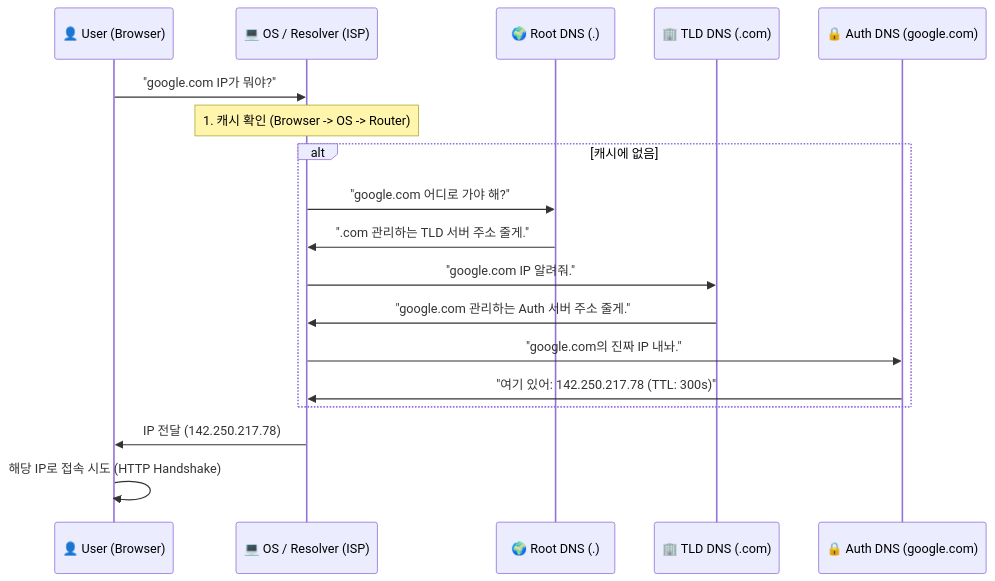
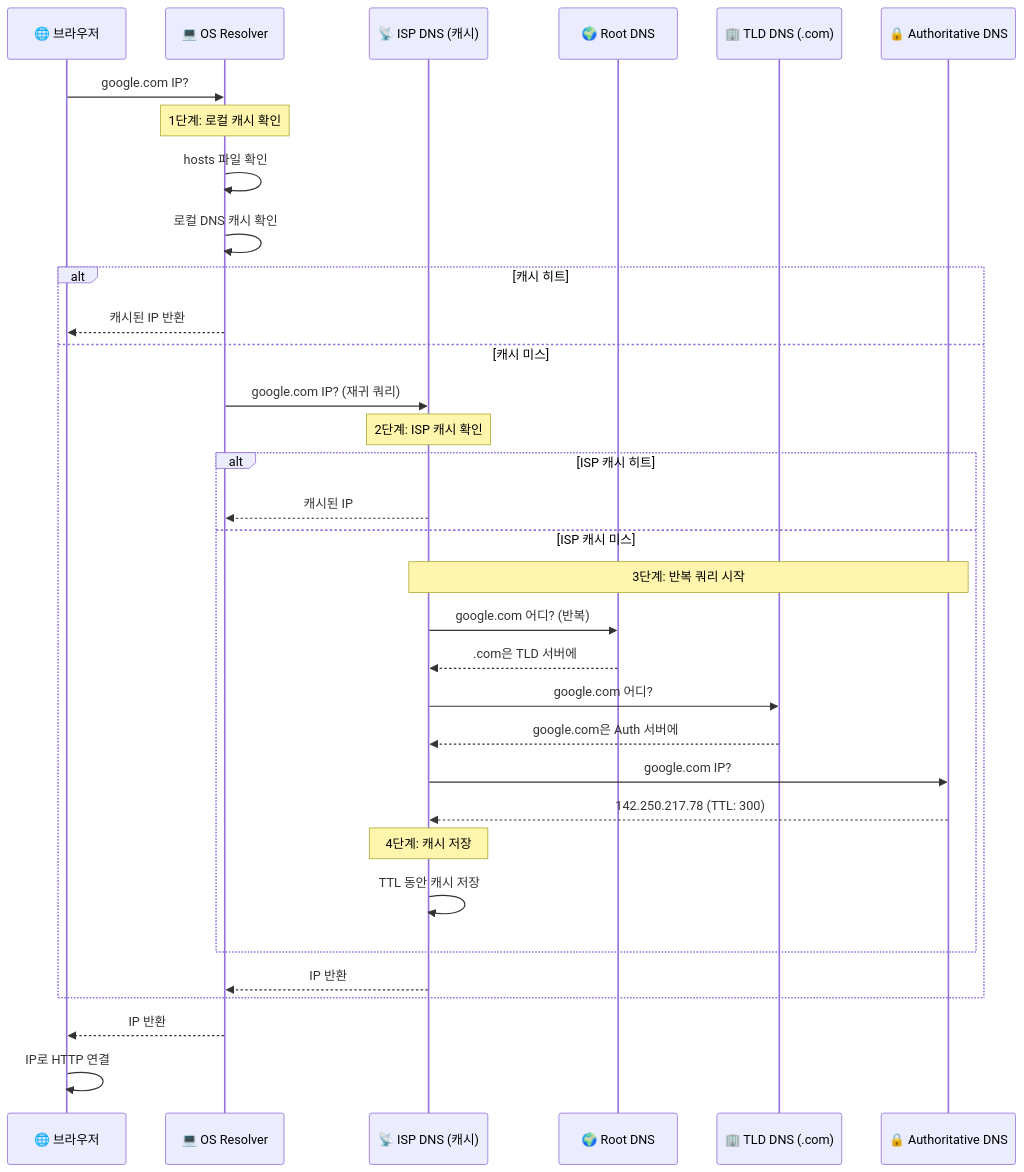
One commit to thseo4813/Study-Notes changed the diagram in 02-network/dns-domain/README.md. Above: the diagram before and after it, drawn with Mermaid. The commit also changed other lines of this file and 10 other files, not shown here.

````diff
--- a/02-network/dns-domain/README.md
+++ b/02-network/dns-domain/README.md
@@ -90,27 +145,42 @@
 ```mermaid
 sequenceDiagram
-    participant User as 👤 User (Browser)
-    participant OS as 💻 OS / Resolver (ISP)
-    participant Root as 🌍 Root DNS (.)
+    participant Browser as 🌐 브라우저
+    participant OS as 💻 OS Resolver
+    participant ISP as 📡 ISP DNS (캐시)
+    participant Root as 🌍 Root DNS
     participant TLD as 🏢 TLD DNS (.com)
-    participant Auth as 🔒 Auth DNS (google.com)
+    participant Auth as 🔒 Authoritative DNS
 
-    User->>OS: "google.com IP가 뭐야?"
+    Browser->>OS: google.com IP?
     
-    Note over OS: 1. 캐시 확인 (Browser -> OS -> Router)
+    Note over OS: 1단계: 로컬 캐시 확인
+    OS->>OS: hosts 파일 확인
+    OS->>OS: 로컬 DNS 캐시 확인
     
-    alt 캐시에 없음
-        OS->>Root: "google.com 어디로 가야 해?"
-        Root->>OS: ".com 관리하는 TLD 서버 주소 줄게."
+    alt 캐시 히트
+        OS-->>Browser: 캐시된 IP 반환
+    else 캐시 미스
+        OS->>ISP: google.com IP? (재귀 쿼리)
         
-        OS->>TLD: "google.com IP 알려줘."
-        TLD->>OS: "google.com 관리하는 Auth 서버 주소 줄게."
-        
-        OS->>Auth: "google.com의 진짜 IP 내놔."
-        Auth->>OS: "여기 있어: 142.250.217.78 (TTL: 300s)"
+        Note over ISP: 2단계: ISP 캐시 확인
+        alt ISP 캐시 히트
+            ISP-->>OS: 캐시된 IP
+        else ISP 캐시 미스
+            Note over ISP,Auth: 3단계: 반복 쿼리 시작
+            ISP->>Root: google.com 어디? (반복)
+            Root-->>ISP: .com은 TLD 서버에
+            
+            ISP->>TLD: google.com 어디?
+            TLD-->>ISP: google.com은 Auth 서버에
+            
+            ISP->>Auth: google.com IP?
+            Auth-->>ISP: 142.250.217.78 (TTL: 300)
+            
+            Note over ISP: 4단계: 캐시 저장
+            ISP->>ISP: TTL 동안 캐시 저장
+        end
+        ISP-->>OS: IP 반환
     end
-    
-    OS->>User: IP 전달 (142.250.217.78)
-    User->>User: 해당 IP로 접속 시도 (HTTP Handshake)
-
+    OS-->>Browser: IP 반환
+    Browser->>Browser: IP로 HTTP 연결
 ```
````
